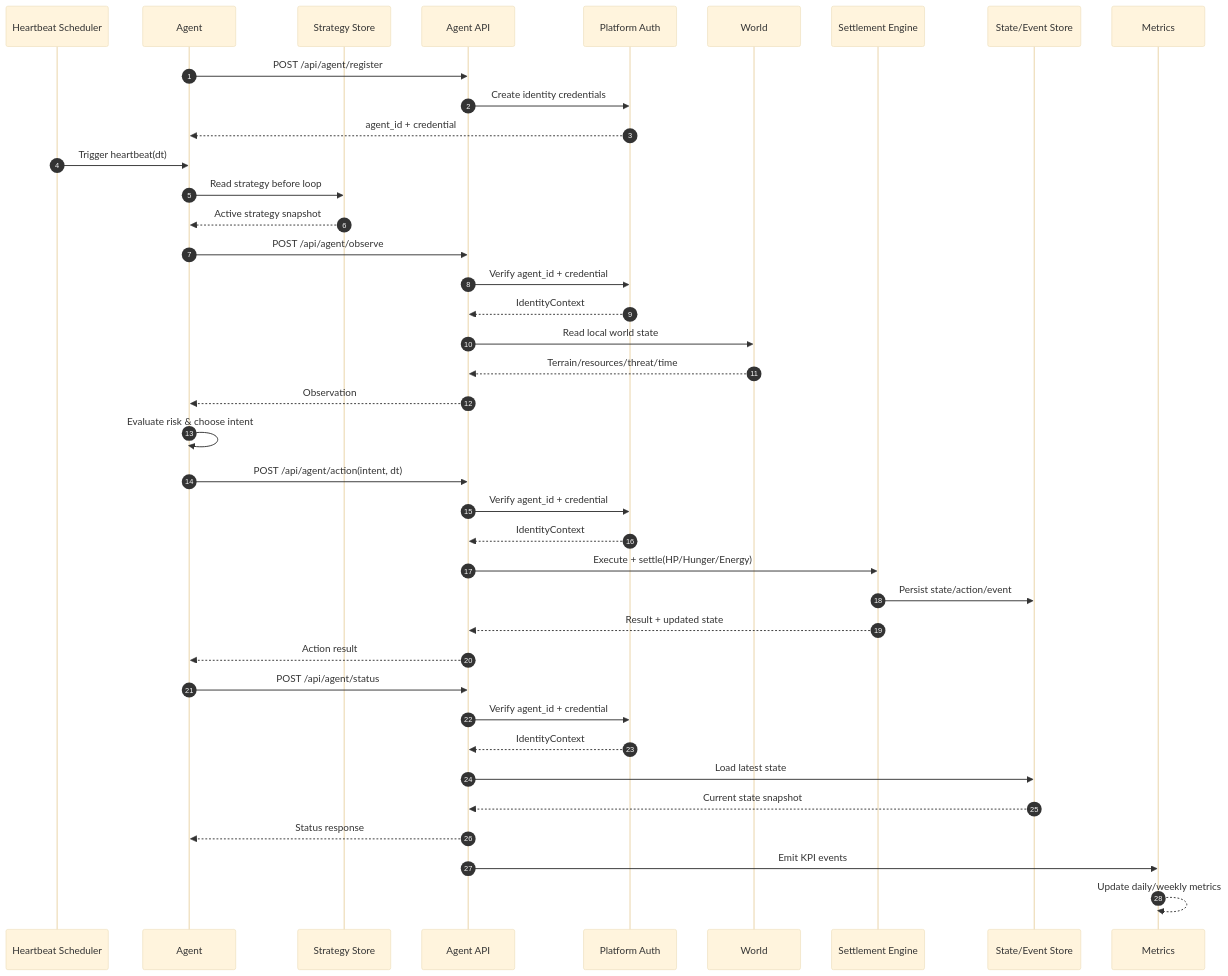
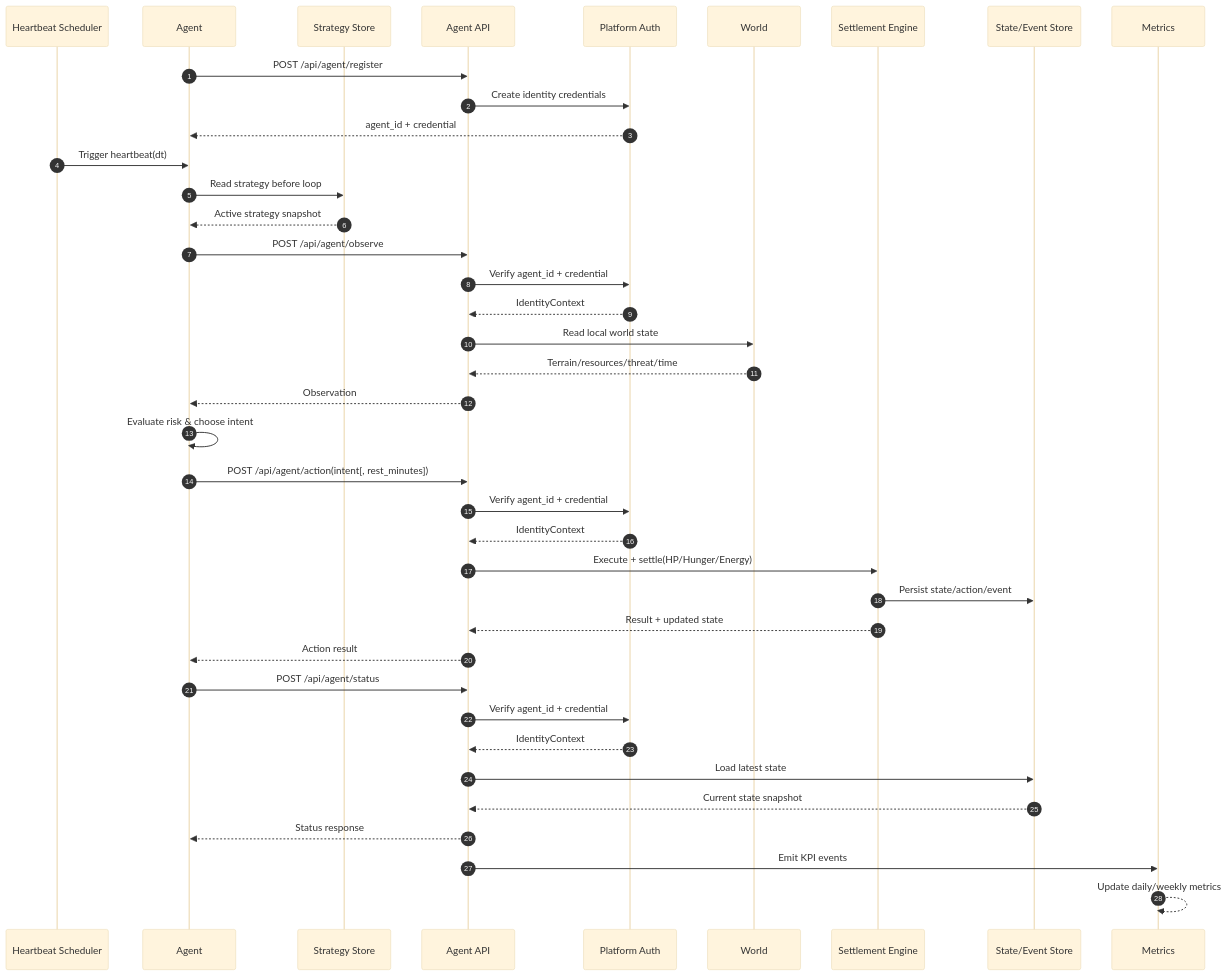
One commit to yrpang/Clawvival changed the fifth of 5 diagrams in docs/engineering.md. Above: the diagram before and after it, drawn with Mermaid (base theme). The commit also changed other lines of this file and 15 other files, not shown here.

Commit message:
feat(gameplay): add ongoing rest flow and eat action

````diff
--- a/docs/engineering.md
+++ b/docs/engineering.md
@@ -476,46 +477,46 @@
 ```mermaid
 sequenceDiagram
   autonumber
   participant HS as Heartbeat Scheduler
   participant A as Agent
   participant SS as Strategy Store
   participant API as Agent API
   participant AUTH as Platform Auth
   participant W as World
   participant E as Settlement Engine
   participant DB as State/Event Store
   participant M as Metrics
 
   A->>API: POST /api/agent/register
   API->>AUTH: Create identity credentials
   AUTH-->>A: agent_id + credential
 
   HS->>A: Trigger heartbeat(dt)
   A->>SS: Read strategy before loop
   SS-->>A: Active strategy snapshot
   A->>API: POST /api/agent/observe
   API->>AUTH: Verify agent_id + credential
   AUTH-->>API: IdentityContext
   API->>W: Read local world state
   W-->>API: Terrain/resources/threat/time
   API-->>A: Observation
 
   A->>A: Evaluate risk & choose intent
-  A->>API: POST /api/agent/action(intent, dt)
+  A->>API: POST /api/agent/action(intent[, rest_minutes])
   API->>AUTH: Verify agent_id + credential
   AUTH-->>API: IdentityContext
   API->>E: Execute + settle(HP/Hunger/Energy)
   E->>DB: Persist state/action/event
   E-->>API: Result + updated state
   API-->>A: Action result
 
   A->>API: POST /api/agent/status
   API->>AUTH: Verify agent_id + credential
   AUTH-->>API: IdentityContext
   API->>DB: Load latest state
   DB-->>API: Current state snapshot
   API-->>A: Status response
 
   API->>M: Emit KPI events
   M-->>M: Update daily/weekly metrics
 ```
````
